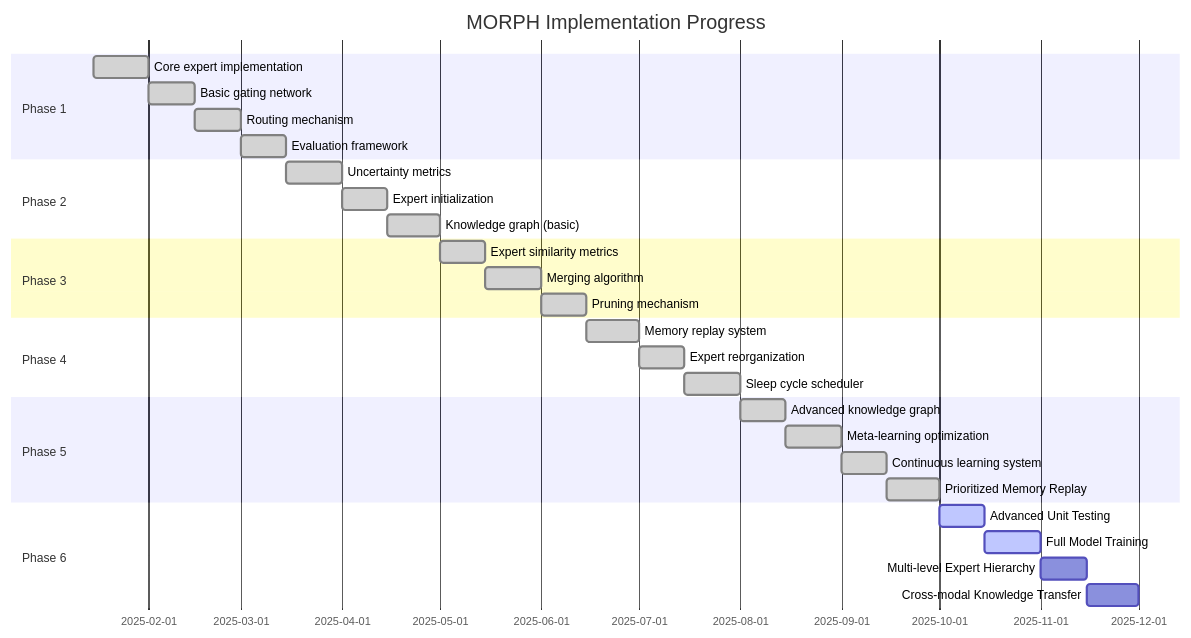
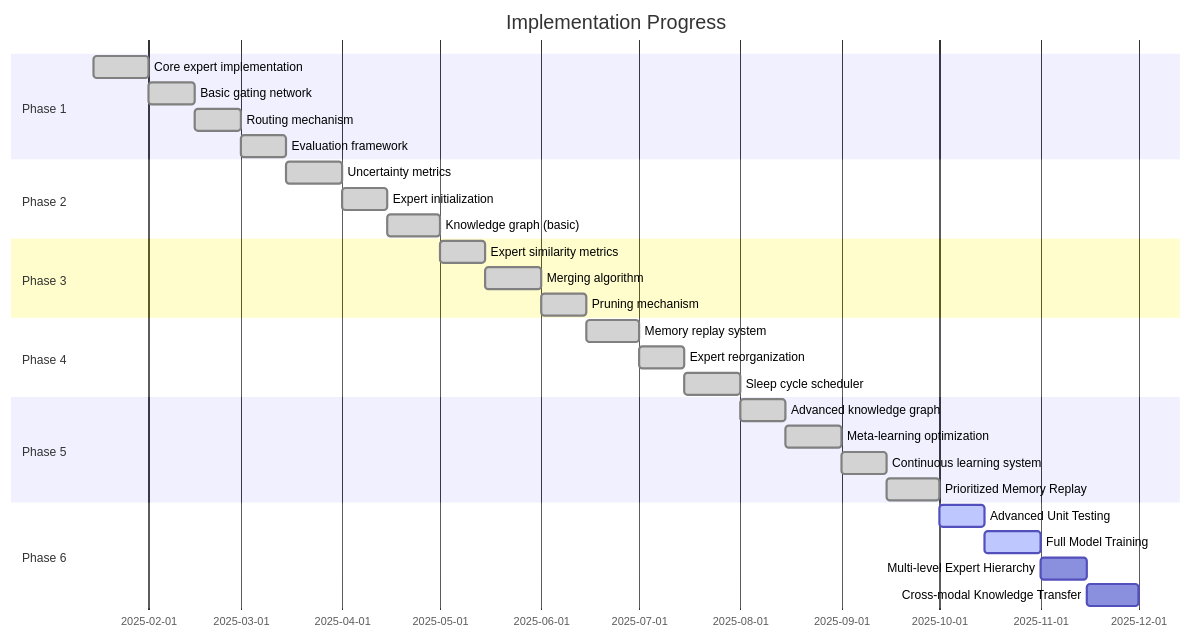
Before and after one commit to BerkZerker/Project-MORPH: the second of 3 diagrams in README.md, drawn with Mermaid. The commit also changed other lines of this file and 4539 other files, not shown here.

````diff
--- a/README.md
+++ b/README.md
@@ -156,38 +156,38 @@
 ```mermaid
 gantt
-    title MORPH Implementation Progress
+    title Implementation Progress
     dateFormat YYYY-MM-DD
     
     section Phase 1
     Core expert implementation   :done, p1_1, 2025-01-15, 2025-02-01
     Basic gating network         :done, p1_2, 2025-02-01, 2025-02-15
     Routing mechanism            :done, p1_3, 2025-02-15, 2025-03-01
     Evaluation framework         :done, p1_4, 2025-03-01, 2025-03-15
     
     section Phase 2
     Uncertainty metrics          :done, p2_1, 2025-03-15, 2025-04-01
     Expert initialization        :done, p2_2, 2025-04-01, 2025-04-15
     Knowledge graph (basic)      :done, p2_3, 2025-04-15, 2025-05-01
     
     section Phase 3
     Expert similarity metrics    :done, p3_1, 2025-05-01, 2025-05-15
     Merging algorithm            :done, p3_2, 2025-05-15, 2025-06-01
     Pruning mechanism            :done, p3_3, 2025-06-01, 2025-06-15
     
     section Phase 4
     Memory replay system         :done, p4_1, 2025-06-15, 2025-07-01
     Expert reorganization        :done, p4_2, 2025-07-01, 2025-07-15
     Sleep cycle scheduler        :done, p4_3, 2025-07-15, 2025-08-01
     
     section Phase 5
     Advanced knowledge graph     :done, p5_1, 2025-08-01, 2025-08-15
     Meta-learning optimization   :done, p5_2, 2025-08-15, 2025-09-01
     Continuous learning system   :done, p5_3, 2025-09-01, 2025-09-15
     Prioritized Memory Replay    :done, p5_4, 2025-09-15, 2025-10-01
     
     section Phase 6
     Advanced Unit Testing        :active, p6_1, 2025-10-01, 2025-10-15
     Full Model Training         :active, p6_2, 2025-10-15, 2025-11-01
     Multi-level Expert Hierarchy:p6_3, 2025-11-01, 2025-11-15
     Cross-modal Knowledge Transfer:p6_4, 2025-11-15, 2025-12-01
 ```
````
